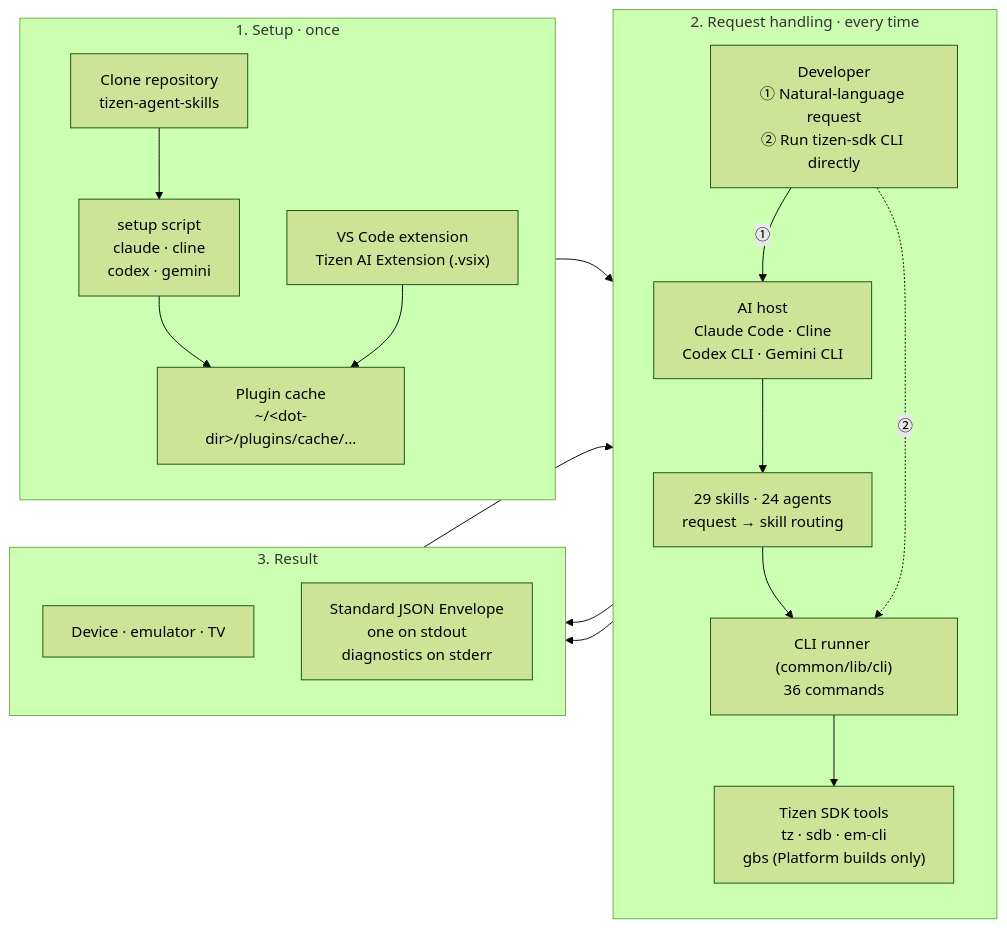
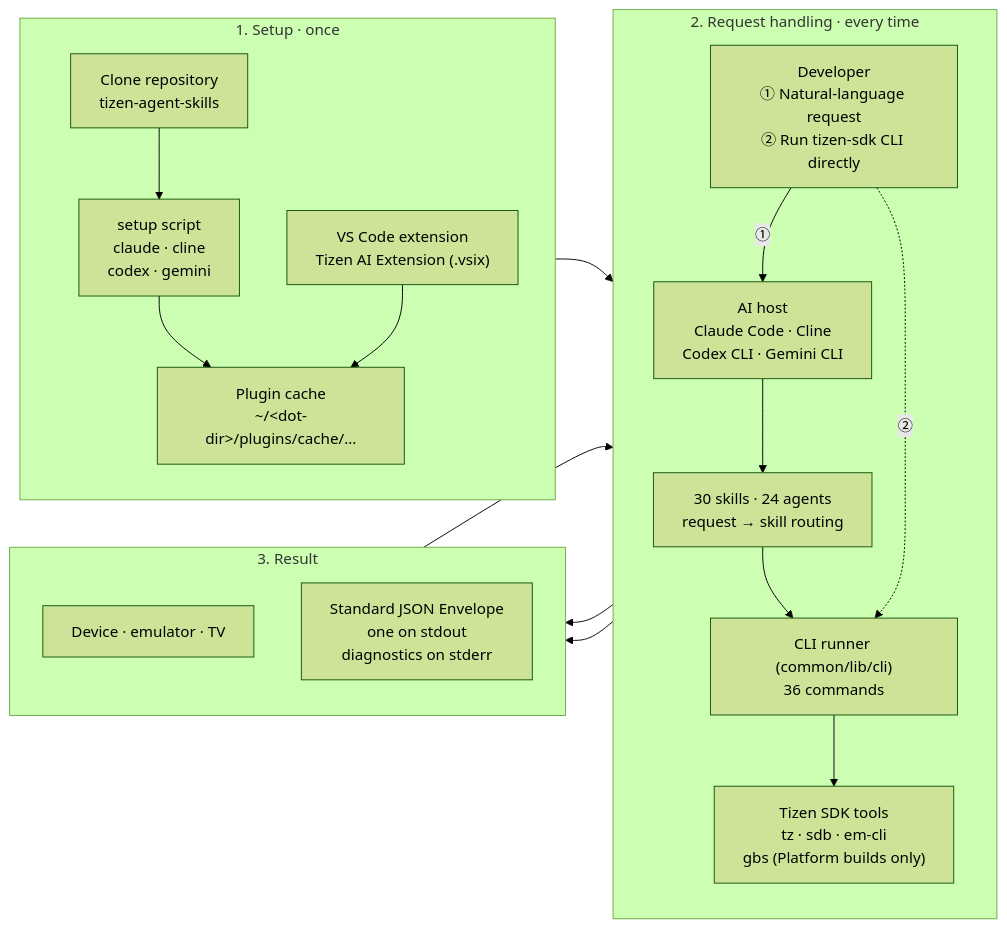
One commit to Samsung/tizen-agent-skills changed the first of 2 diagrams in tizen-sdk-skills/quick-guide.md. Above: the diagram before and after it, drawn with Mermaid (forest theme). The commit also changed 23 other files, not shown here.

First line of the commit message:
docs(tizen-sdk-skills): register tizen-handoff and move the skill count to 30

````diff
--- a/tizen-sdk-skills/quick-guide.md
+++ b/tizen-sdk-skills/quick-guide.md
@@ -11,33 +11,33 @@
 ```mermaid
 flowchart LR
     subgraph S1["1. Setup · once"]
         direction TB
         Clone["Clone repository<br/>tizen-agent-skills"] --> Setup["setup script<br/>claude · cline<br/>codex · gemini"]
         VSIX["VS Code extension<br/>Tizen AI Extension (.vsix)"]
         Setup --> Cache["Plugin cache<br/>~/&lt;dot-dir&gt;/plugins/cache/..."]
         VSIX --> Cache
     end
 
     subgraph S2["2. Request handling · every time"]
         direction TB
         Dev["Developer<br/>① Natural-language request<br/>② Run tizen-sdk CLI directly"]
         Host["AI host<br/>Claude Code · Cline<br/>Codex CLI · Gemini CLI"]
-        Skill["29 skills · 24 agents<br/>request → skill routing"]
+        Skill["30 skills · 24 agents<br/>request → skill routing"]
         Runner["CLI runner (common/lib/cli)<br/>36 commands"]
         Tools["Tizen SDK tools<br/>tz · sdb · em-cli<br/>gbs (Platform builds only)"]
         Dev -->|①| Host --> Skill --> Runner
         Dev -.->|②| Runner
         Runner --> Tools
     end
 
     subgraph S3["3. Result"]
         direction TB
         Target["Device · emulator · TV"]
         Env["Standard JSON Envelope<br/>one on stdout<br/>diagnostics on stderr"]
     end
 
     Cache --> Skill
     Tools --> Target
     Runner --> Env
     Env --> Host
 ```
````
